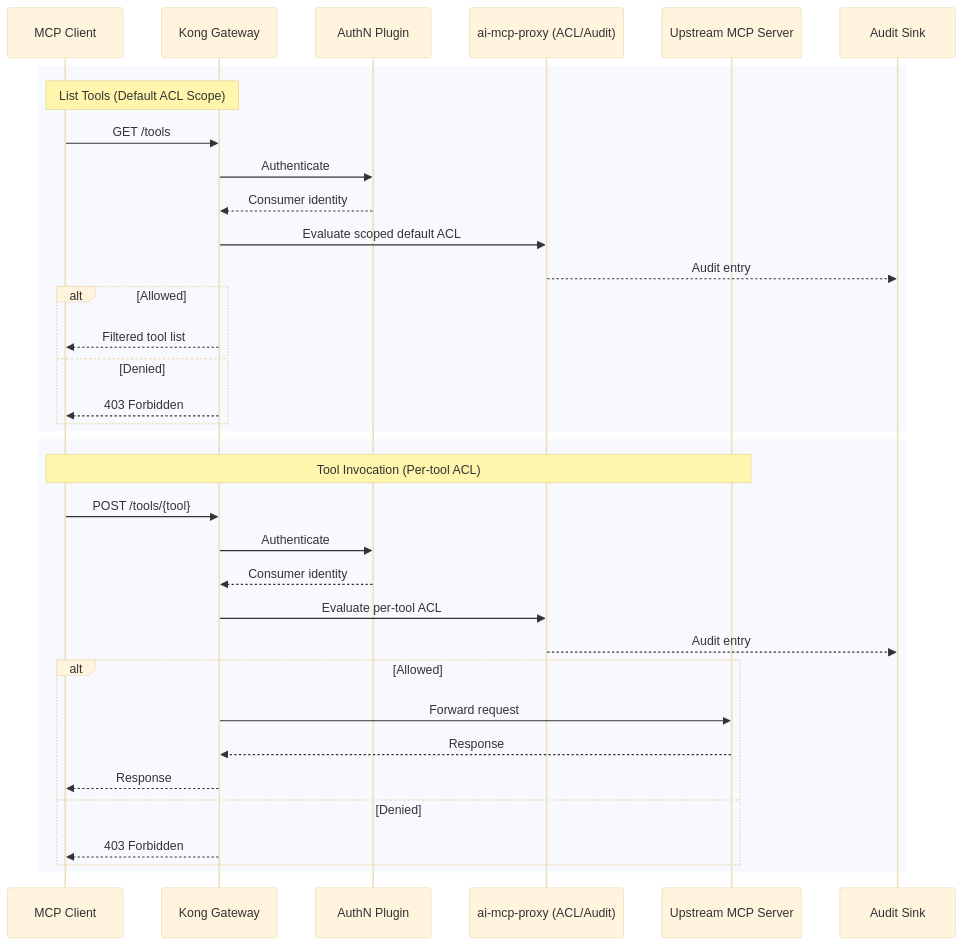
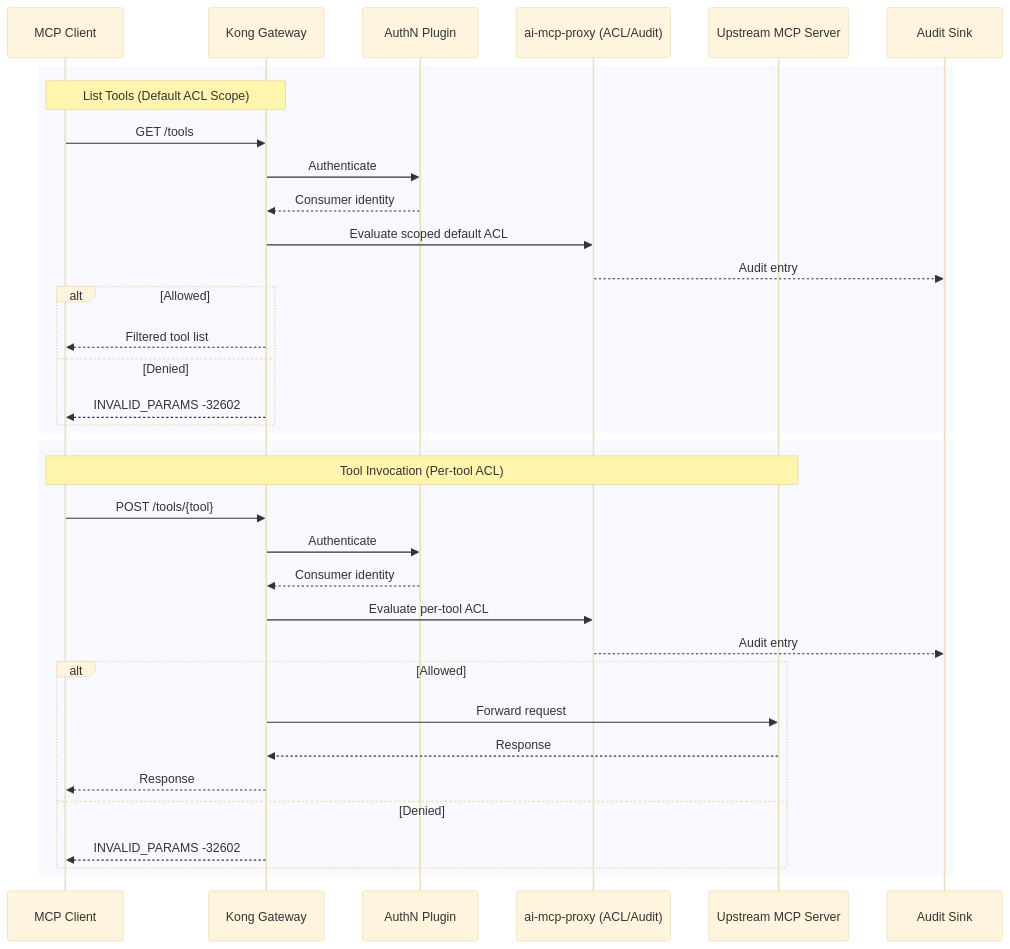
Before and after one commit to Kong/developer.konghq.com: the second of 2 diagrams in app/_kong_plugins/ai-mcp-proxy/index.md, drawn with Mermaid (base theme). The commit also changed other lines of this file and 3 other files, not shown here.

```diff
--- a/app/_kong_plugins/ai-mcp-proxy/index.md
+++ b/app/_kong_plugins/ai-mcp-proxy/index.md
@@ -336,41 +336,41 @@
 {% mermaid %}
 sequenceDiagram
   participant Client as MCP Client
   participant Kong as Kong Gateway
   participant Auth as AuthN Plugin
   participant ACL as ai-mcp-proxy (ACL/Audit)
   participant Up as Upstream MCP Server
   participant Log as Audit Sink
 
   %% ----- List Tools -----
   rect
     note over Client,Kong: List Tools (Default ACL Scope)
     Client->>Kong: GET /tools
     Kong->>Auth: Authenticate
     Auth-->>Kong: Consumer identity
     Kong->>ACL: Evaluate scoped default ACL
     ACL-->>Log: Audit entry
     alt Allowed
       Kong-->>Client: Filtered tool list
     else Denied
-      Kong-->>Client: 403 Forbidden
+      Kong-->>Client: INVALID_PARAMS -32602
     end
   end
 
   %% ----- Tool Invocation -----
   rect
     note over Client,Up: Tool Invocation (Per-tool ACL)
     Client->>Kong: POST /tools/{tool}
     Kong->>Auth: Authenticate
     Auth-->>Kong: Consumer identity
     Kong->>ACL: Evaluate per-tool ACL
     ACL-->>Log: Audit entry
     alt Allowed
       Kong->>Up: Forward request
       Up-->>Kong: Response
       Kong-->>Client: Response
     else Denied
-      Kong-->>Client: 403 Forbidden
+      Kong-->>Client: INVALID_PARAMS -32602
     end
   end
 {% endmermaid %}
```
